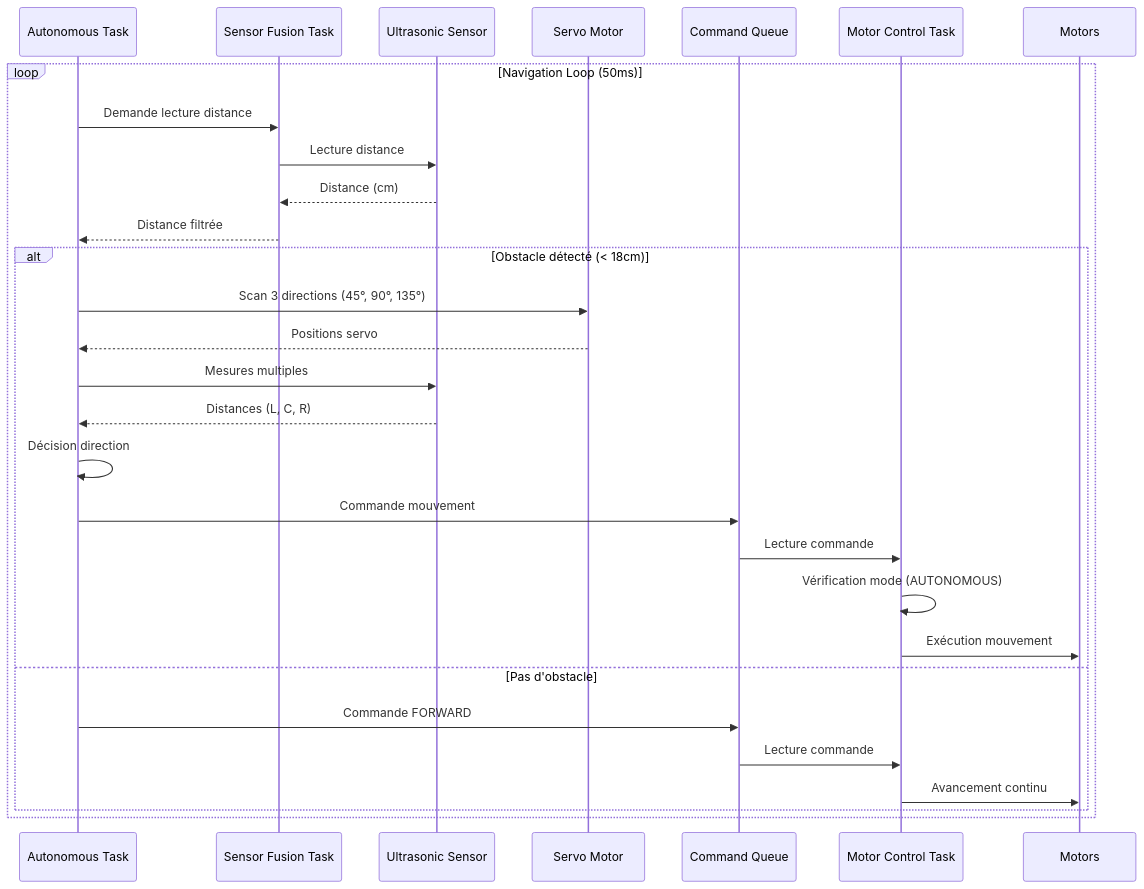
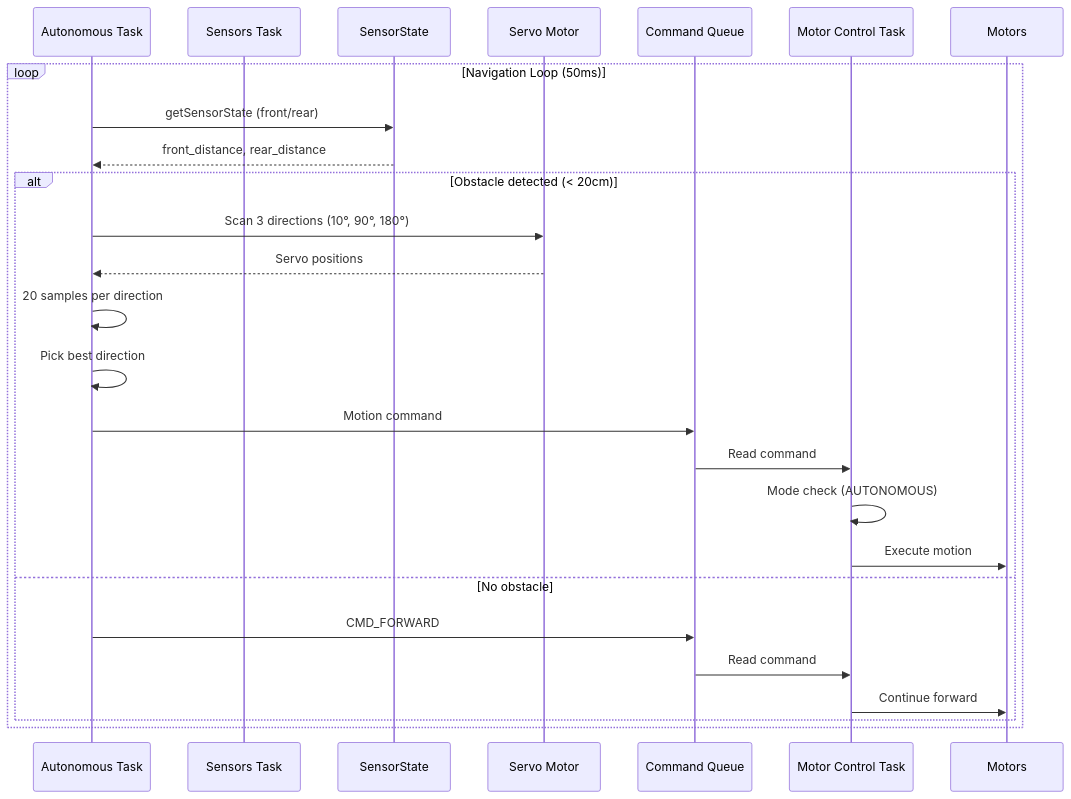
Before and after one commit to Yaniv23/final-project-gesture-car: the sixth of 17 diagrams in docs/architecture.md, drawn with Mermaid. The commit also changed other lines of this file and 16 other files, not shown here.

````diff
--- a/docs/architecture.md
+++ b/docs/architecture.md
@@ -264,33 +250,30 @@
 ```mermaid
 sequenceDiagram
     participant Auto as Autonomous Task
-    participant Sensor as Sensor Fusion Task
-    participant Ultrasonic as Ultrasonic Sensor
+    participant Sensor as Sensors Task
+    participant SensorState as SensorState
     participant Servo as Servo Motor
     participant Queue as Command Queue
     participant Motor as Motor Control Task
     participant Motors as Motors
     
     loop Navigation Loop (50ms)
-        Auto->>Sensor: Demande lecture distance
-        Sensor->>Ultrasonic: Lecture distance
-        Ultrasonic-->>Sensor: Distance (cm)
-        Sensor-->>Auto: Distance filtrée
+        Auto->>SensorState: getSensorState (front/rear)
+        SensorState-->>Auto: front_distance, rear_distance
         
-        alt Obstacle détecté (< 18cm)
-            Auto->>Servo: Scan 3 directions (45°, 90°, 135°)
-            Servo-->>Auto: Positions servo
-            Auto->>Ultrasonic: Mesures multiples
-            Ultrasonic-->>Auto: Distances (L, C, R)
-            Auto->>Auto: Décision direction
-            Auto->>Queue: Commande mouvement
-            Queue->>Motor: Lecture commande
-            Motor->>Motor: Vérification mode (AUTONOMOUS)
-            Motor->>Motors: Exécution mouvement
-        else Pas d'obstacle
-            Auto->>Queue: Commande FORWARD
-            Queue->>Motor: Lecture commande
-            Motor->>Motors: Avancement continu
+        alt Obstacle detected (< 20cm)
+            Auto->>Servo: Scan 3 directions (10°, 90°, 180°)
+            Servo-->>Auto: Servo positions
+            Auto->>Auto: 20 samples per direction
+            Auto->>Auto: Pick best direction
+            Auto->>Queue: Motion command
+            Queue->>Motor: Read command
+            Motor->>Motor: Mode check (AUTONOMOUS)
+            Motor->>Motors: Execute motion
+        else No obstacle
+            Auto->>Queue: CMD_FORWARD
+            Queue->>Motor: Read command
+            Motor->>Motors: Continue forward
         end
     end
 ```
````
